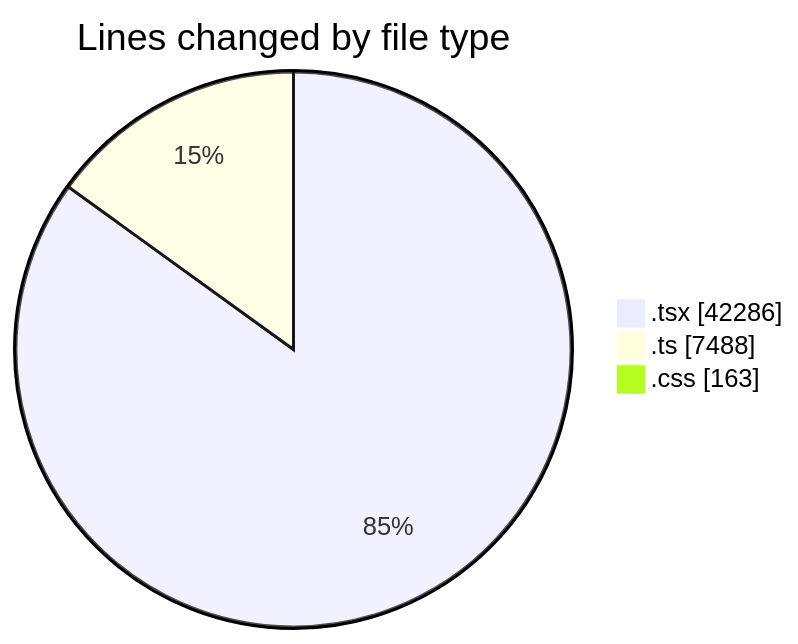
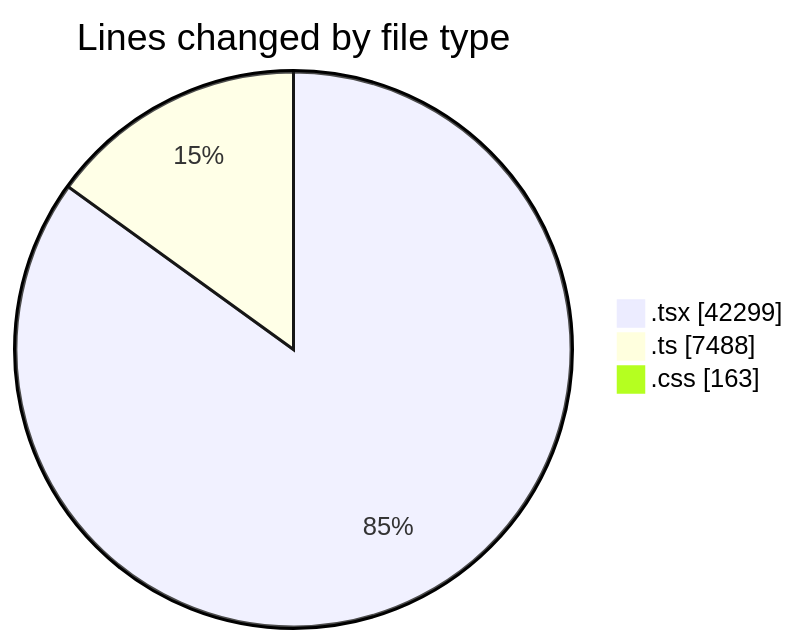
The first of 2 diagrams in 2026-08-23/nxtqube_webapp/README.md (nxtqubesakshisongat/code-tracking), drawn with Mermaid before and after one commit. The commit also changed other lines of this file and 1 other file, not shown here.

````diff
--- a/2026-08-23/nxtqube_webapp/README.md
+++ b/2026-08-23/nxtqube_webapp/README.md
@@ -108,7 +109,7 @@
 ```mermaid
 pie showData
 title Lines changed by file type
-".tsx" : 42286
+".tsx" : 42299
 ".ts" : 7488
 ".css" : 163
 ```
````
